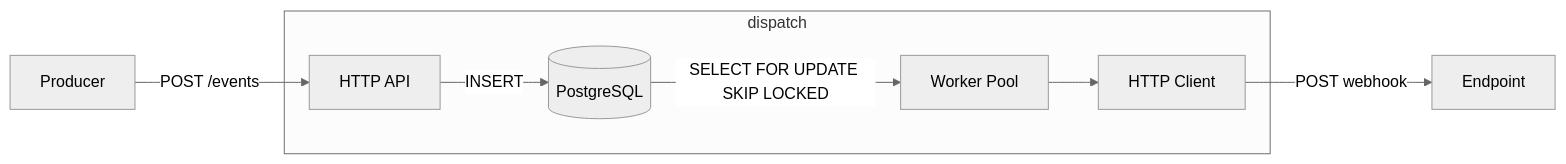
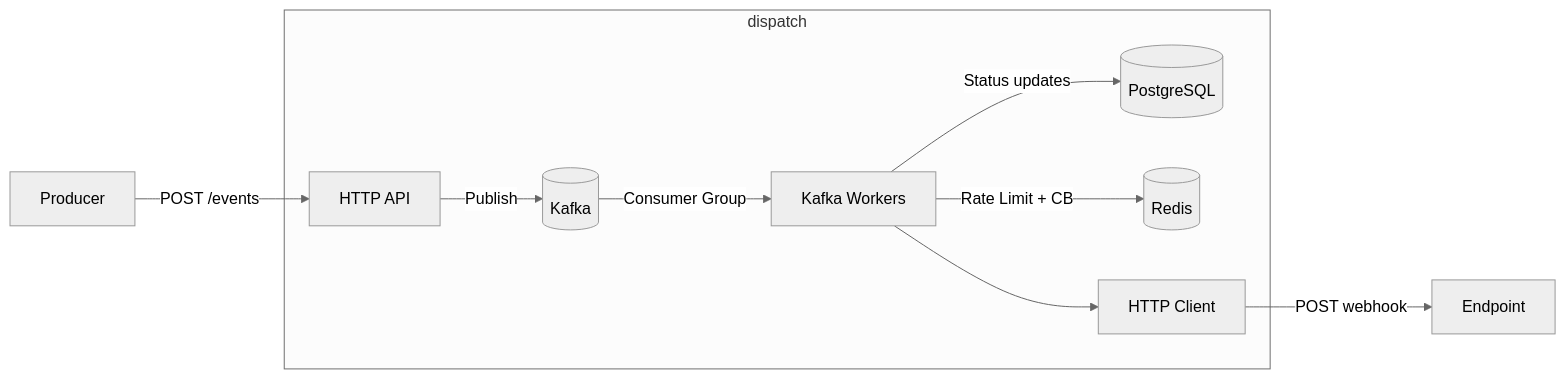
One commit to felipepmaragno/webhook-service changed the first of 2 diagrams in README.md. Above: the diagram before and after it, drawn with Mermaid (neutral theme). The commit also changed other lines of this file and 2 other files, not shown here.

First line of the commit message:
docs: update documentation to reflect Kafka architecture

````diff
--- a/README.md
+++ b/README.md
@@ -114,15 +136,19 @@
 ```mermaid
 flowchart LR
     subgraph dispatch
         API[HTTP API]
+        Kafka[(Kafka)]
+        Workers[Kafka Workers]
         DB[(PostgreSQL)]
-        Workers[Worker Pool]
+        Redis[(Redis)]
         Client[HTTP Client]
     end
 
     Producer -->|POST /events| API
-    API -->|INSERT| DB
-    DB -->|SELECT FOR UPDATE SKIP LOCKED| Workers
+    API -->|Publish| Kafka
+    Kafka -->|Consumer Group| Workers
+    Workers -->|Rate Limit + CB| Redis
     Workers --> Client
     Client -->|POST webhook| Endpoint
+    Workers -->|Status updates| DB
 ```
````
